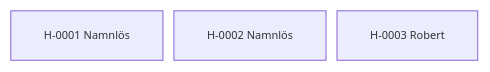
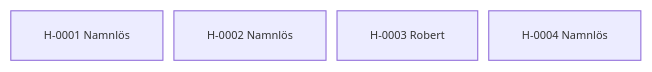
The diagram in content/02. Register/02.3 Stamtavlor/Fristående hästar.md (awoltmp/horse-registry), drawn with Mermaid before and after one commit. The commit also changed other lines of this file and 29 other files, not shown here.

````diff
--- a/content/02. Register/02.3 Stamtavlor/Fristående hästar.md
+++ b/content/02. Register/02.3 Stamtavlor/Fristående hästar.md
@@ -26,8 +26,9 @@
 ```mermaid
 %%{init: {"flowchart": {"nodeSpacing": 10, "rankSpacing": 18, "curve": "basis", "htmlLabels": true}, "themeVariables": {"fontSize": "10px"}}}%%
 flowchart TB
     h0["H-0001 Namnlös"]
     h1["H-0002 Namnlös"]
     h2["H-0003 Robert"]
-    class h0,h1,h2 internal-link;
+    h3["H-0004 Namnlös"]
+    class h0,h1,h2,h3 internal-link;
 ```
````
